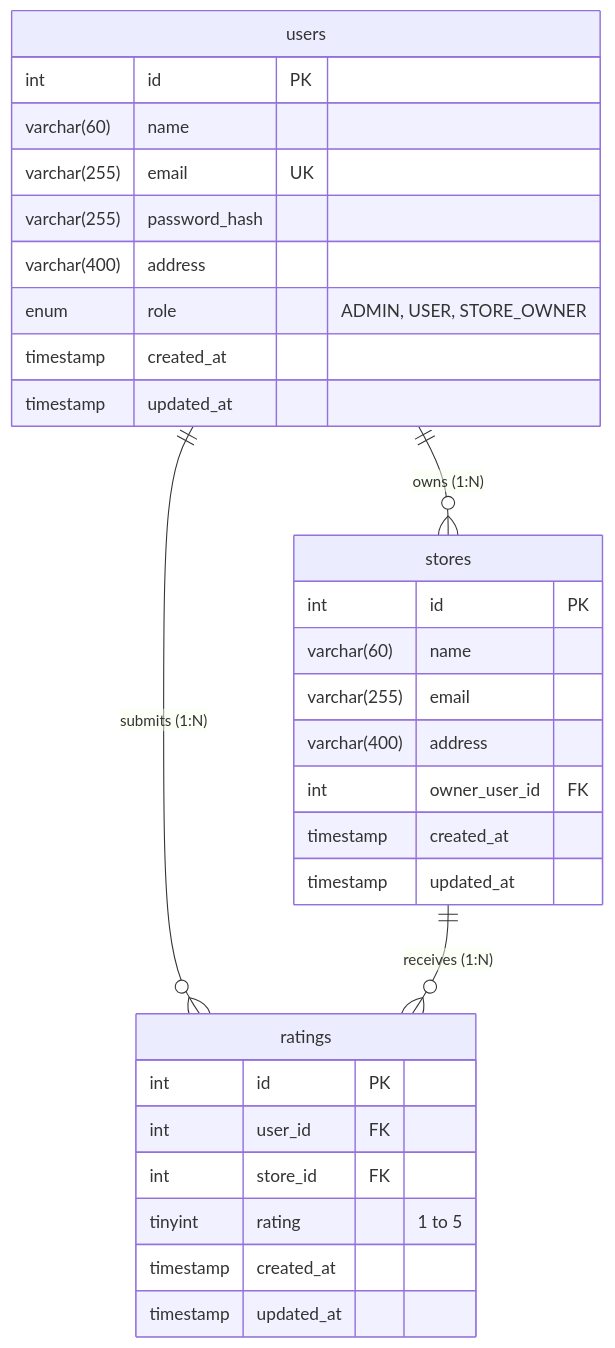
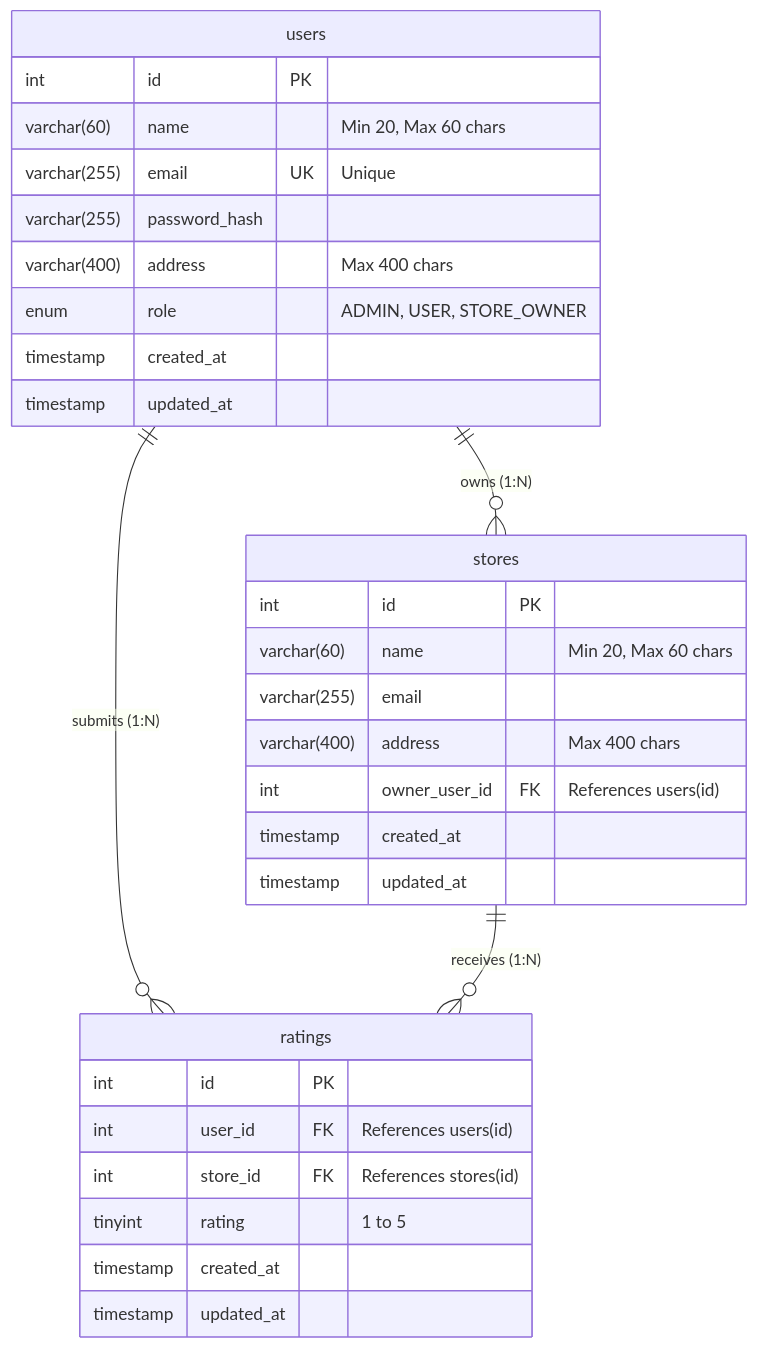
One commit to Bala1415/store-rating changed the diagram in README.md. Above: the diagram before and after it, drawn with Mermaid. The commit also changed other lines of this file and 9 other files, not shown here.

````diff
--- a/README.md
+++ b/README.md
@@ -131,36 +197,36 @@
 ```mermaid
 erDiagram
     users ||--o{ stores : "owns (1:N)"
     users ||--o{ ratings : "submits (1:N)"
     stores ||--o{ ratings : "receives (1:N)"
 
     users {
         int id PK
-        varchar(60) name
-        varchar(255) email UK
+        varchar(60) name "Min 20, Max 60 chars"
+        varchar(255) email UK "Unique"
         varchar(255) password_hash
-        varchar(400) address
+        varchar(400) address "Max 400 chars"
         enum role "ADMIN, USER, STORE_OWNER"
         timestamp created_at
         timestamp updated_at
     }
 
     stores {
         int id PK
-        varchar(60) name
+        varchar(60) name "Min 20, Max 60 chars"
         varchar(255) email
-        varchar(400) address
-        int owner_user_id FK
+        varchar(400) address "Max 400 chars"
+        int owner_user_id FK "References users(id)"
         timestamp created_at
         timestamp updated_at
     }
 
     ratings {
         int id PK
-        int user_id FK
-        int store_id FK
+        int user_id FK "References users(id)"
+        int store_id FK "References stores(id)"
         tinyint rating "1 to 5"
         timestamp created_at
         timestamp updated_at
     }
 ```
````
